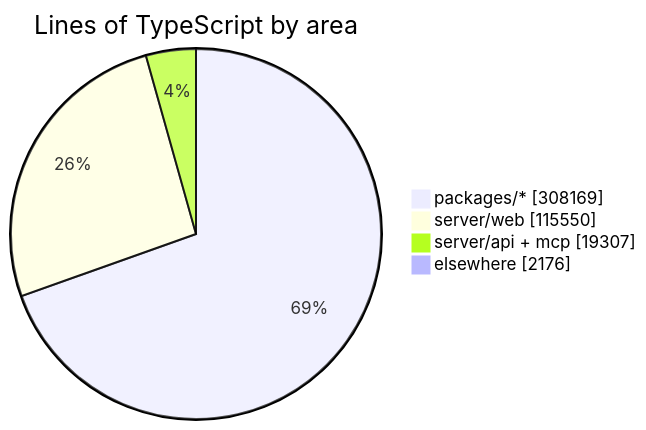
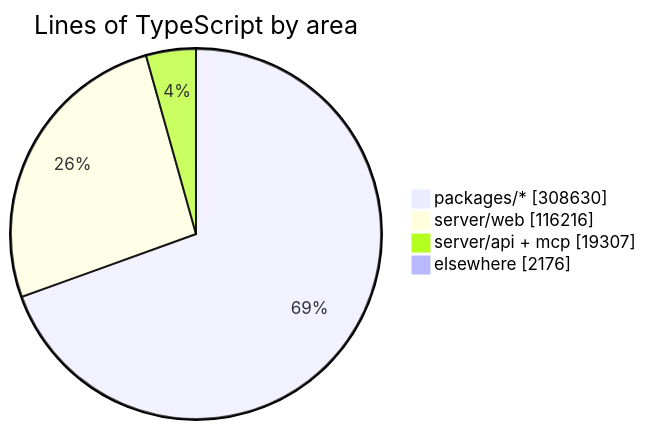
One commit to crossworks-engineering/mantle changed the diagram in README.md. Above: the diagram before and after it, drawn with Mermaid. The commit also changed other lines of this file and 2 other files, not shown here.

````diff
--- a/README.md
+++ b/README.md
@@ -294,7 +294,7 @@
 ```mermaid
 pie showData title Lines of TypeScript by area
-    "packages/*" : 308169
-    "server/web" : 115550
+    "packages/*" : 308630
+    "server/web" : 116216
     "server/api + mcp" : 19307
     "elsewhere" : 2176
 ```
````
